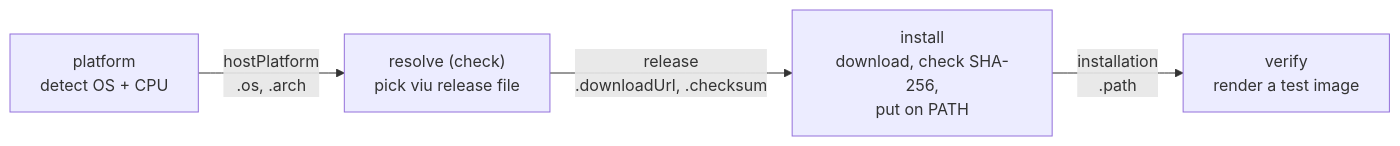
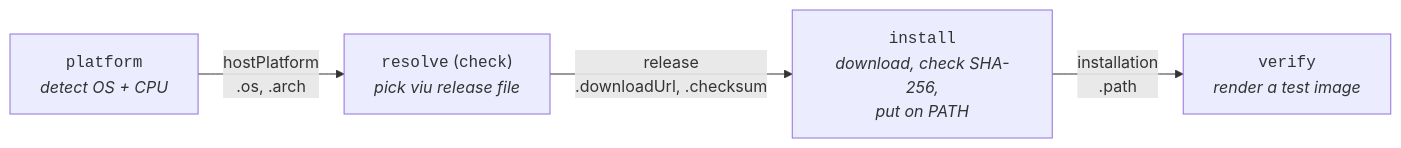
One commit to taylorific/swamp-training changed the second of 4 diagrams in slides.md. Above: the diagram before and after it, drawn with Mermaid. The commit also changed other lines of this file, not shown here.

````diff
--- a/slides.md
+++ b/slides.md
@@ -646,11 +672,11 @@
 ```mermaid
 flowchart LR
-    P["platform<br/>detect OS + CPU"]
-    R["resolve (check)<br/>pick viu release file"]
-    I["install<br/>download, check SHA-256,<br/>put on PATH"]
-    V["verify<br/>render a test image"]
+    P["<code>platform</code><br/><i>detect OS + CPU</i>"]
+    R["<code>resolve</code> (<code>check</code>)<br/><i>pick viu release file</i>"]
+    I["<code>install</code><br/><i>download, check SHA-256,<br/>put on PATH</i>"]
+    V["<code>verify</code><br/><i>render a test image</i>"]
 
     P -->|"hostPlatform<br/>.os, .arch"| R
     R -->|"release<br/>.downloadUrl, .checksum"| I
     I -->|"installation<br/>.path"| V
 ```
````
